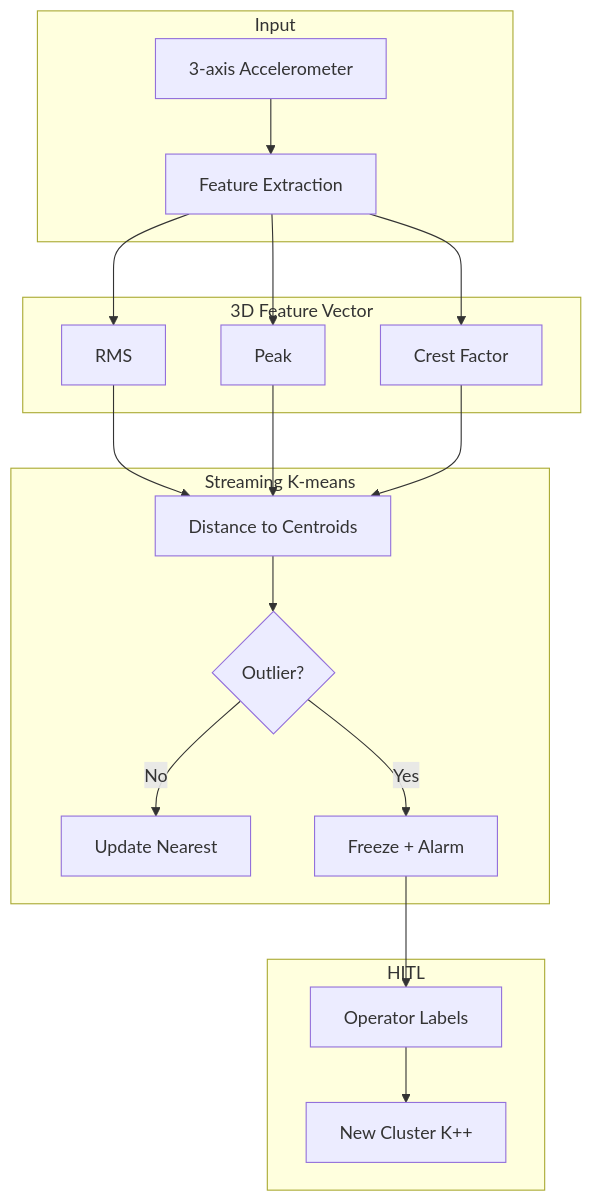
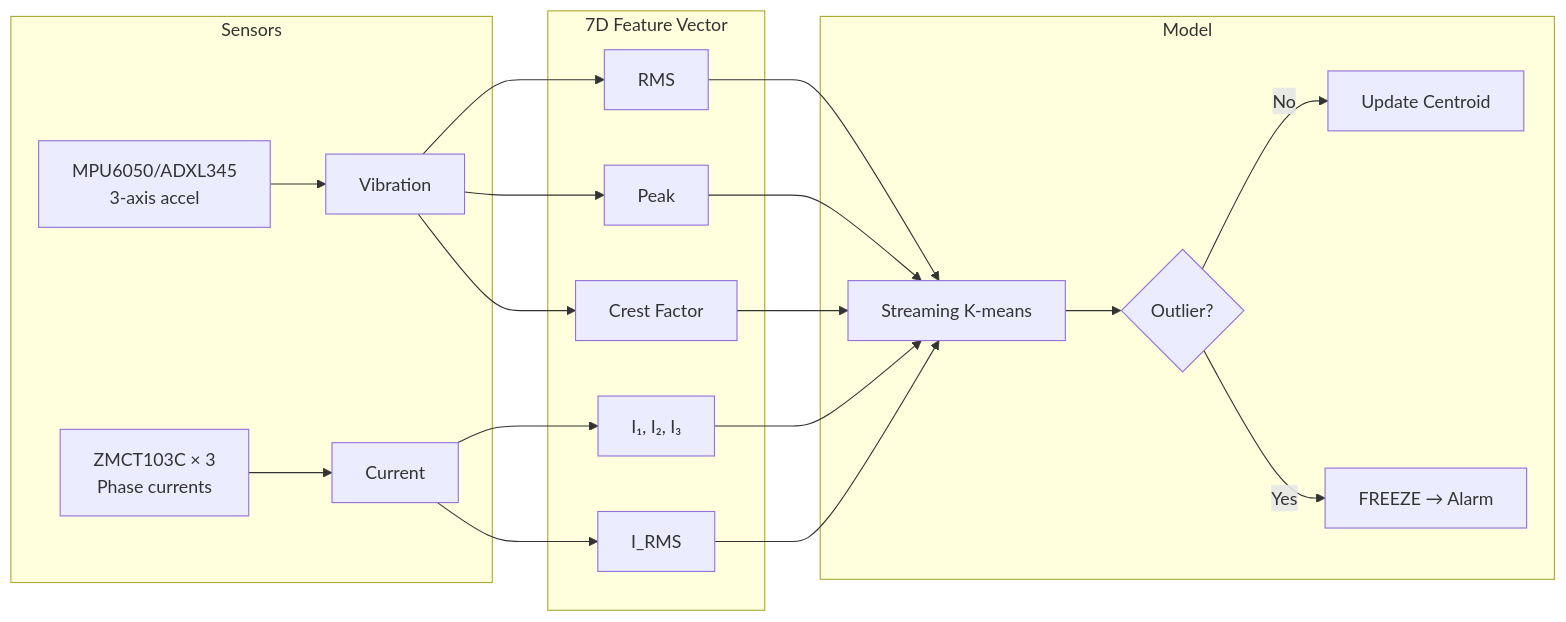
One commit to leekaize/tinyol-hitl changed the sixth of 8 diagrams in slidev/slides.md. Above: the diagram before and after it, drawn with Mermaid. The commit also changed other lines of this file and 5 other files, not shown here.

````diff
--- a/slidev/slides.md
+++ b/slidev/slides.md
@@ -222,24 +351,22 @@
 ```mermaid
-flowchart TB
-    subgraph Input
-        A[3-axis Accelerometer] --> B[Feature Extraction]
+flowchart LR
+    subgraph Sensors
+        A[MPU6050/ADXL345<br/>3-axis accel] --> B[Vibration]
+        C[ZMCT103C × 3<br/>Phase currents] --> D[Current]
     end
 
-    subgraph Features[3D Feature Vector]
-        B --> C[RMS]
-        B --> D[Peak]
-        B --> E[Crest Factor]
+    subgraph Features["7D Feature Vector"]
+        B --> E[RMS]
+        B --> F[Peak]
+        B --> G[Crest Factor]
+        D --> H[I₁, I₂, I₃]
+        D --> I[I_RMS]
     end
 
-    subgraph Model[Streaming K-means]
-        C & D & E --> F[Distance to Centroids]
-        F --> G{Outlier?}
-        G -->|No| H[Update Nearest]
-        G -->|Yes| I[Freeze + Alarm]
-    end
-
-    subgraph HITL
-        I --> J[Operator Labels]
-        J --> K[New Cluster K++]
+    subgraph Model
+        E & F & G & H & I --> J[Streaming K-means]
+        J --> K{Outlier?}
+        K -->|No| L[Update Centroid]
+        K -->|Yes| M[FREEZE → Alarm]
     end
 ```
````
